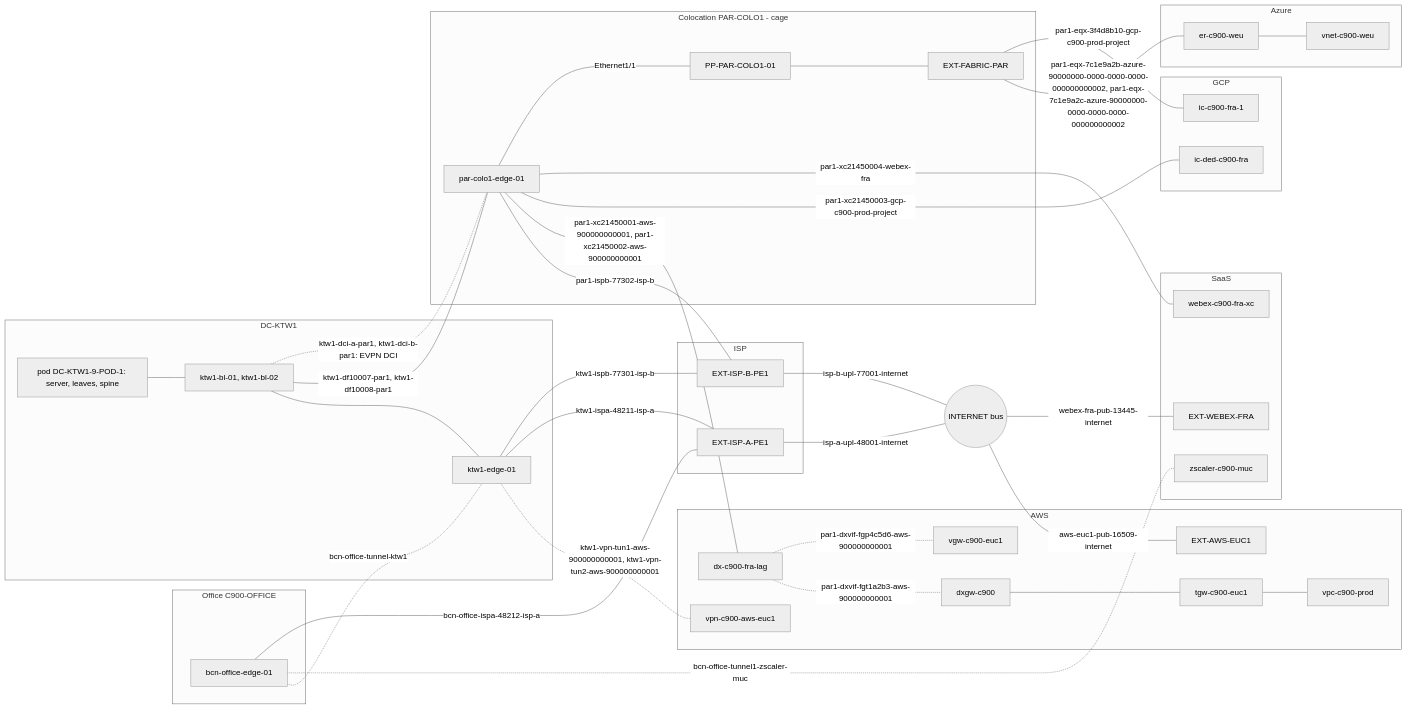
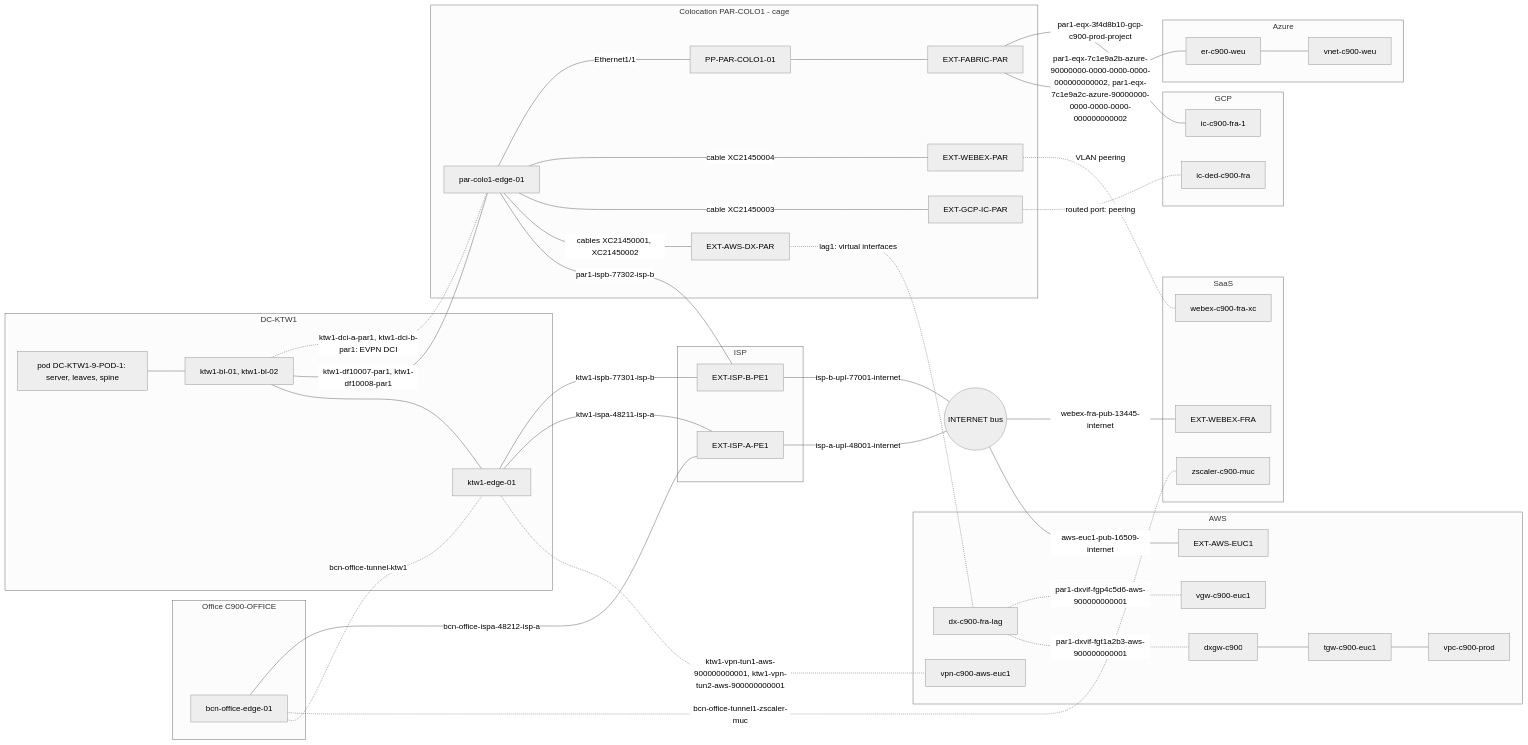
Before and after one commit to t0m3kz/infrahub-demo: the second of 4 diagrams in data/demos/00_full_topology/README.md, drawn with Mermaid (neutral theme). The commit also changed other lines of this file and 15 other files, not shown here.

Commit message:
feat(schema): cloud and SaaS physical ports are the provider's own, cabled in the cage

````diff
--- a/data/demos/00_full_topology/README.md
+++ b/data/demos/00_full_topology/README.md
@@ -149,70 +149,76 @@
 ```mermaid
 flowchart LR
   subgraph OFFICE["Office C900-OFFICE"]
     OE["bcn-office-edge-01"]
   end
   subgraph DC["DC-KTW1"]
     DPOD["pod DC-KTW1-9-POD-1: server, leaves, spine"]
     BL["ktw1-bl-01, ktw1-bl-02"]
     DE["ktw1-edge-01"]
   end
   subgraph COLO["Colocation PAR-COLO1 - cage"]
     CE["par-colo1-edge-01"]
     CP["PP-PAR-COLO1-01"]
     CF["EXT-FABRIC-PAR"]
+    CA["EXT-AWS-DX-PAR"]
+    CG["EXT-GCP-IC-PAR"]
+    CW["EXT-WEBEX-PAR"]
   end
   subgraph ISP["ISP"]
     PA["EXT-ISP-A-PE1"]
     PB["EXT-ISP-B-PE1"]
   end
   NET(("INTERNET bus"))
   subgraph AWS["AWS"]
     DX["dx-c900-fra-lag"]
     DXGW["dxgw-c900"]
     TGW["tgw-c900-euc1"]
     VPC["vpc-c900-prod"]
     VGW["vgw-c900-euc1"]
     VPN["vpn-c900-aws-euc1"]
     S3["EXT-AWS-EUC1"]
   end
   subgraph AZ["Azure"]
     ER["er-c900-weu"]
     VNET["vnet-c900-weu"]
   end
   subgraph GCP["GCP"]
     GDED["ic-ded-c900-fra"]
     GIC["ic-c900-fra-1"]
   end
   subgraph SAAS["SaaS"]
     WX["webex-c900-fra-xc"]
     WXP["EXT-WEBEX-FRA"]
     ZS["zscaler-c900-muc"]
   end
   DPOD --- BL
   BL --- DE
   BL ---|"ktw1-df10007-par1, ktw1-df10008-par1"| CE
   BL -.-|"ktw1-dci-a-par1, ktw1-dci-b-par1: EVPN DCI"| CE
   OE -.-|"bcn-office-tunnel-ktw1"| DE
   OE -.-|"bcn-office-tunnel1-zscaler-muc"| ZS
   DE -.-|"ktw1-vpn-tun1-aws-900000000001, ktw1-vpn-tun2-aws-900000000001"| VPN
   OE ---|"bcn-office-ispa-48212-isp-a"| PA
   DE ---|"ktw1-ispa-48211-isp-a"| PA
   DE ---|"ktw1-ispb-77301-isp-b"| PB
   CE ---|"par1-ispb-77302-isp-b"| PB
   PA ---|"isp-a-upl-48001-internet"| NET
   PB ---|"isp-b-upl-77001-internet"| NET
   NET ---|"aws-euc1-pub-16509-internet"| S3
   NET ---|"webex-fra-pub-13445-internet"| WXP
-  CE ---|"par1-xc21450001-aws-900000000001, par1-xc21450002-aws-900000000001"| DX
-  CE ---|"par1-xc21450003-gcp-c900-prod-project"| GDED
-  CE ---|"par1-xc21450004-webex-fra"| WX
+  CE ---|"cables XC21450001, XC21450002"| CA
+  CE ---|"cable XC21450003"| CG
+  CE ---|"cable XC21450004"| CW
+  CA -.-|"lag1: virtual interfaces"| DX
+  CG -.-|"routed port: peering"| GDED
+  CW -.-|"VLAN peering"| WX
   CE ---|"Ethernet1/1"| CP
   CP --- CF
   CF ---|"par1-eqx-7c1e9a2b-azure-90000000-0000-0000-0000-000000000002, par1-eqx-7c1e9a2c-azure-90000000-0000-0000-0000-000000000002"| ER
   CF ---|"par1-eqx-3f4d8b10-gcp-c900-prod-project"| GIC
   DX -.-|"par1-dxvif-fgt1a2b3-aws-900000000001"| DXGW
   DXGW --- TGW
   TGW --- VPC
   DX -.-|"par1-dxvif-fgp4c5d6-aws-900000000001"| VGW
   ER --- VNET
 ```
````
